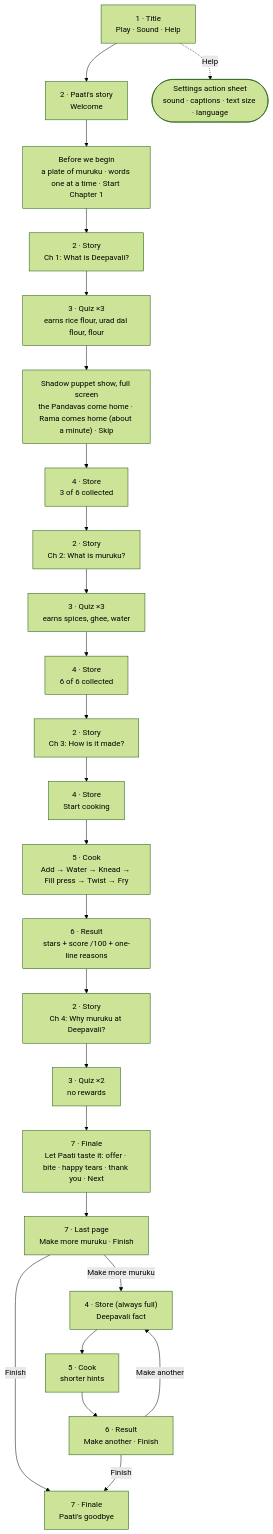
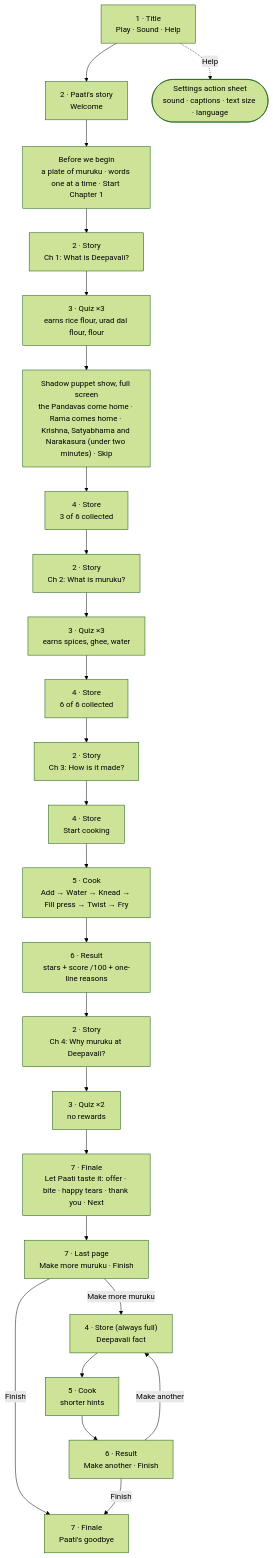
Before and after one commit to krishanala/paatis-recipe-kitchen: the diagram in docs/user-flow.md, drawn with Mermaid (forest theme). The commit also changed 4 other files, not shown here.

First line of the commit message:
Puppet show: three stories of the lamps

````diff
--- a/docs/user-flow.md
+++ b/docs/user-flow.md
@@ -5,32 +5,32 @@
 ```mermaid
 flowchart TD
     T["1 · Title<br/>Play · Sound · Help"] --> W["2 · Paati's story<br/>Welcome"]
     T -. Help .-> S(["Settings action sheet<br/>sound · captions · text size · language"])
 
     W --> I["Before we begin<br/>a plate of muruku · words one at a time · Start Chapter 1"]
     I --> C1["2 · Story<br/>Ch 1: What is Deepavali?"]
     C1 --> Q1["3 · Quiz ×3<br/>earns rice flour, urad dal flour, flour"]
-    Q1 --> P["Shadow puppet show, full screen<br/>the Pandavas come home · Rama comes home (about a minute) · Skip"]
+    Q1 --> P["Shadow puppet show, full screen<br/>the Pandavas come home · Rama comes home · Krishna, Satyabhama and Narakasura (under two minutes) · Skip"]
     P --> ST1["4 · Store<br/>3 of 6 collected"]
 
     ST1 --> C2["2 · Story<br/>Ch 2: What is muruku?"]
     C2 --> Q2["3 · Quiz ×3<br/>earns spices, ghee, water"]
     Q2 --> ST2["4 · Store<br/>6 of 6 collected"]
 
     ST2 --> C3["2 · Story<br/>Ch 3: How is it made?"]
     C3 --> ST3["4 · Store<br/>Start cooking"]
     ST3 --> K["5 · Cook<br/>Add → Water → Knead → Fill press → Twist → Fry"]
     K --> R["6 · Result<br/>stars + score /100 + one-line reasons"]
 
     R --> C4["2 · Story<br/>Ch 4: Why muruku at Deepavali?"]
     C4 --> Q4["3 · Quiz ×2<br/>no rewards"]
     Q4 --> F["7 · Finale<br/>Let Paati taste it: offer · bite · happy tears · thank you · Next"]
     F --> C["7 · Last page<br/>Make more muruku · Finish"]
     C -- Finish --> G["7 · Finale<br/>Paati's goodbye"]
 
     C -- Make more muruku --> FK["4 · Store (always full)<br/>Deepavali fact"]
     FK --> K2["5 · Cook<br/>shorter hints"]
     K2 --> R2["6 · Result<br/>Make another · Finish"]
     R2 -- Make another --> FK
     R2 -- Finish --> G
 ```
````
